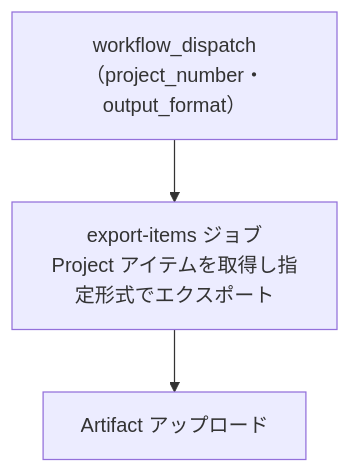
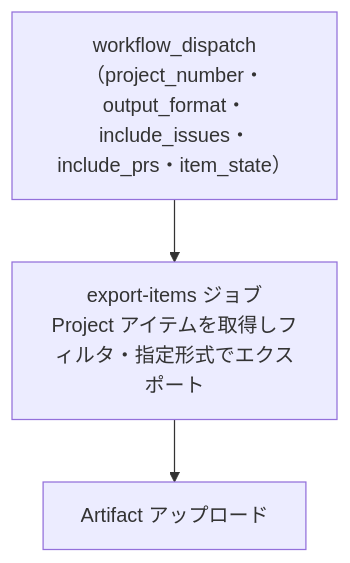
One commit to lurest-inc/github-starter-kit changed the diagram in docs/workflows/04-export-project-items.md. Above: the diagram before and after it, drawn with Mermaid. The commit also changed other lines of this file and 3 other files, not shown here.

First line of the commit message:
feat: export-project-items に type / state フィルタを追加 (#67)

````diff
--- a/docs/workflows/04-export-project-items.md
+++ b/docs/workflows/04-export-project-items.md
@@ -67,5 +70,5 @@
 ```mermaid
 flowchart TD
-    A["workflow_dispatch\n（project_number・output_format）"] --> B["export-items ジョブ\nProject アイテムを取得し指定形式でエクスポート"]
+    A["workflow_dispatch\n（project_number・output_format・include_issues・include_prs・item_state）"] --> B["export-items ジョブ\nProject アイテムを取得しフィルタ・指定形式でエクスポート"]
     B --> C["Artifact アップロード"]
 ```
````
